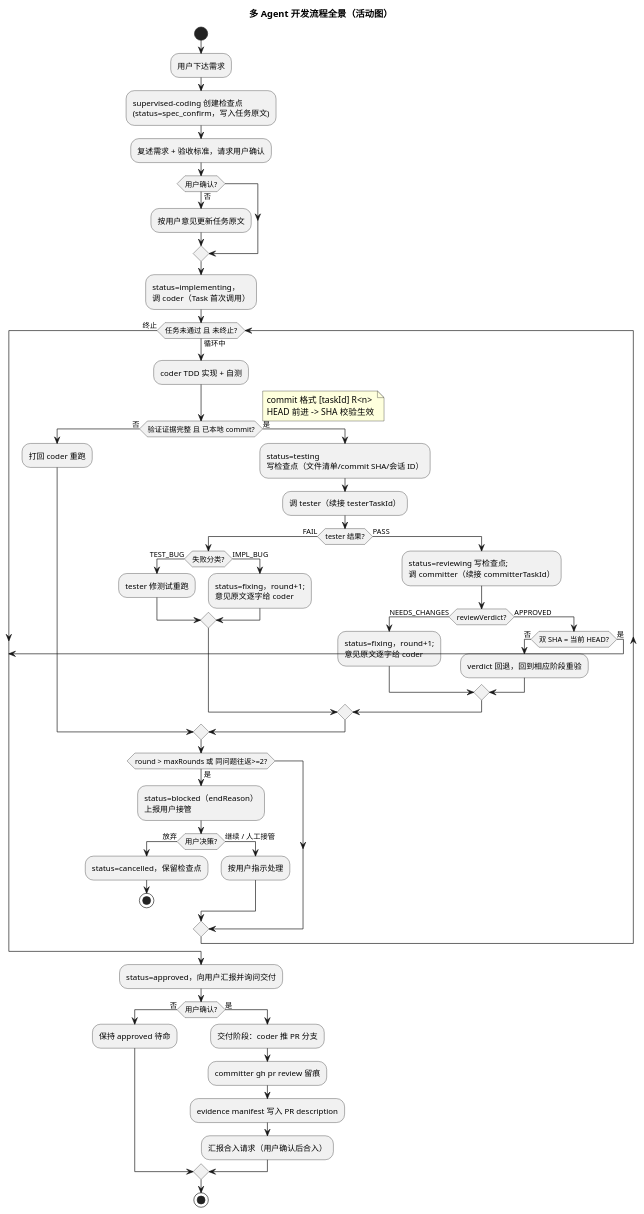
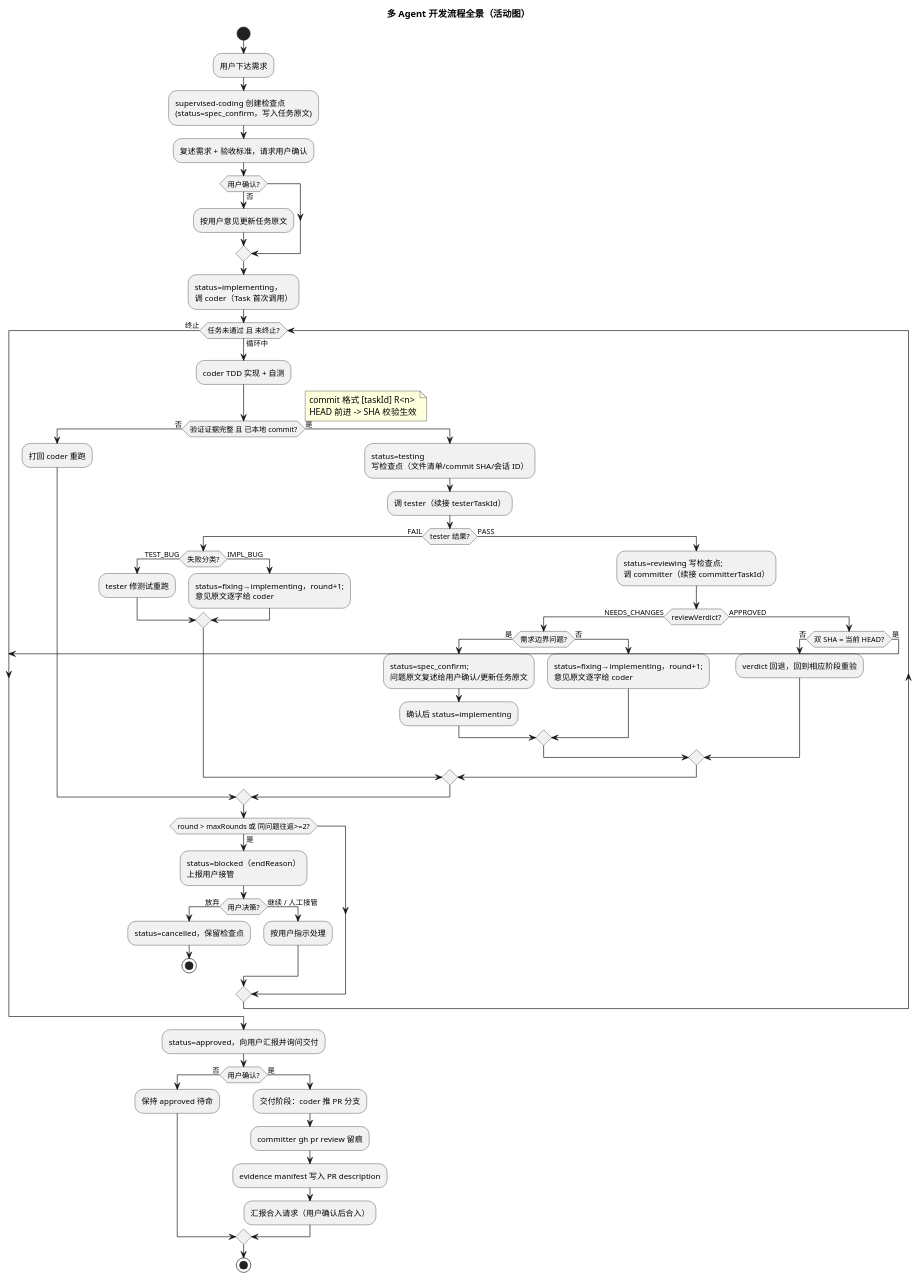
Before and after one commit to yq3/lab: the first of 2 diagrams in .opencode/README.md, drawn with PlantUML. The commit also changed other lines of this file and 5 other files, not shown here.

````diff
--- a/.opencode/README.md
+++ b/.opencode/README.md
@@ -130,64 +131,69 @@
 ```puml
 title 多 Agent 开发流程全景（活动图）
 
 start
 :用户下达需求;
 :supervised-coding 创建检查点\n(status=spec_confirm，写入任务原文);
 :复述需求 + 验收标准，请求用户确认;
 if (用户确认?) then (否)
   :按用户意见更新任务原文;
 endif
 :status=implementing，\n调 coder（Task 首次调用）;
 
 while (任务未通过 且 未终止?) is (循环中)
   :coder TDD 实现 + 自测;
   if (验证证据完整 且 已本地 commit?) then (否)
     :打回 coder 重跑;
   else (是)
     note right
       commit 格式 [taskId] R<n>
       HEAD 前进 -> SHA 校验生效
     end note
     :status=testing\n写检查点（文件清单/commit SHA/会话 ID）;
     :调 tester（续接 testerTaskId）;
     if (tester 结果?) then (FAIL)
       if (失败分类?) then (TEST_BUG)
         :tester 修测试重跑;
       else (IMPL_BUG)
-        :status=fixing，round+1;\n意见原文逐字给 coder;
+        :status=fixing→implementing，round+1;\n意见原文逐字给 coder;
       endif
     else (PASS)
       :status=reviewing 写检查点;\n调 committer（续接 committerTaskId）;
       if (reviewVerdict?) then (NEEDS_CHANGES)
-        :status=fixing，round+1;\n意见原文逐字给 coder;
+        if (需求边界问题?) then (是)
+          :status=spec_confirm;\n问题原文复述给用户确认/更新任务原文;
+          :确认后 status=implementing;
+        else (否)
+          :status=fixing→implementing，round+1;\n意见原文逐字给 coder;
+        endif
       else (APPROVED)
         if (双 SHA = 当前 HEAD?) then (否)
           :verdict 回退，回到相应阶段重验;
         else (是)
           break
         endif
       endif
     endif
   endif
   if (round > maxRounds 或 同问题往返>=2?) then (是)
     :status=blocked（endReason）\n上报用户接管;
     if (用户决策?) then (放弃)
       :status=cancelled，保留检查点;
       stop
     else (继续 / 人工接管)
       :按用户指示处理;
     endif
   endif
 endwhile (终止)
 
 :status=approved，向用户汇报并询问交付;
 if (用户确认?) then (否)
   :保持 approved 待命;
 else (是)
   :交付阶段：coder 推 PR 分支;
   :committer gh pr review 留痕;
   :evidence manifest 写入 PR description;
   :汇报合入请求（用户确认后合入）;
 endif
 stop
 ```
````
